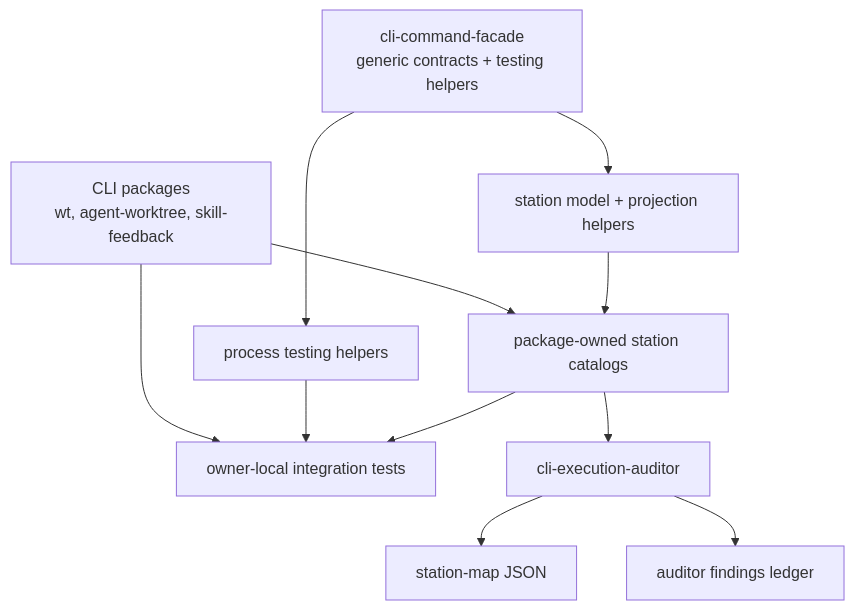
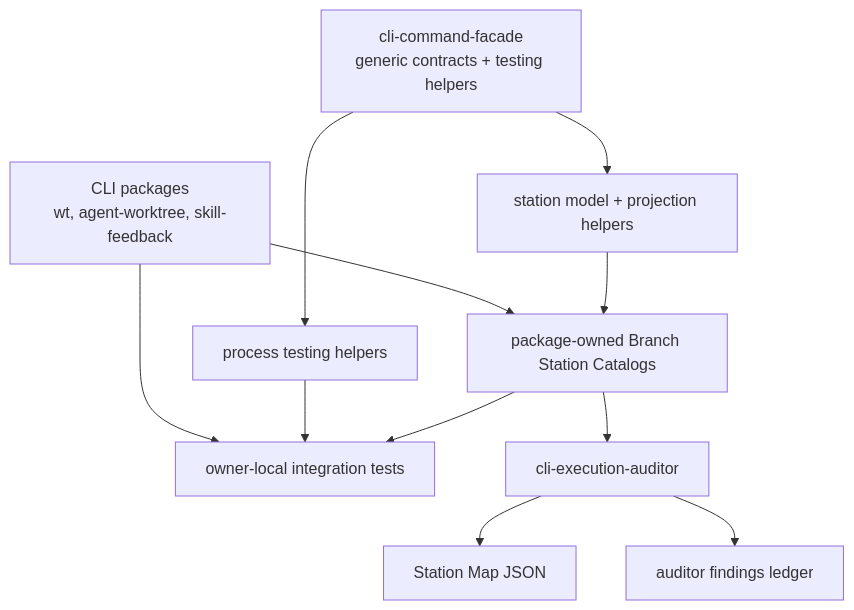
Before and after one commit to nathanvale/claude-code-config: the first of 3 diagrams in docs/plans/2026-06-15-002-feat-cli-branch-station-maps-plan.md, drawn with Mermaid. The commit also changed other lines of this file and 2 other files, not shown here.

First line of the commit message:
feat: Add reconciliation plan and review for whole-branch Fallow findings

````diff
--- a/docs/plans/2026-06-15-002-feat-cli-branch-station-maps-plan.md
+++ b/docs/plans/2026-06-15-002-feat-cli-branch-station-maps-plan.md
@@ -94,13 +116,13 @@
 ```mermaid
 flowchart TB
   Facade["cli-command-facade<br/>generic contracts + testing helpers"] --> Process["process testing helpers"]
   Facade --> StationShape["station model + projection helpers"]
-  Packages["CLI packages<br/>wt, agent-worktree, skill-feedback"] --> Catalogs["package-owned station catalogs"]
+  Packages["CLI packages<br/>wt, agent-worktree, skill-feedback"] --> Catalogs["package-owned Branch Station Catalogs"]
   Packages --> LocalTests["owner-local integration tests"]
   Process --> LocalTests
   StationShape --> Catalogs
   Catalogs --> LocalTests
   Catalogs --> Auditor["cli-execution-auditor"]
-  Auditor --> Map["station-map JSON"]
+  Auditor --> Map["Station Map JSON"]
   Auditor --> Findings["auditor findings ledger"]
 ```
````
